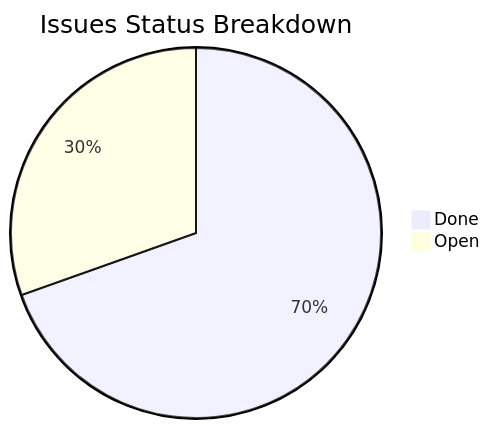
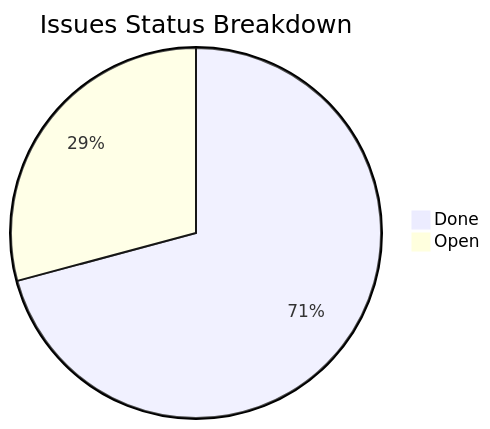
One commit to actdim/agents changed the diagram in .along/DASHBOARD.md. Above: the diagram before and after it, drawn with Mermaid. The commit also changed other lines of this file and 27 other files, not shown here.

````diff
--- a/.along/DASHBOARD.md
+++ b/.along/DASHBOARD.md
@@ -19,5 +19,5 @@
 ```mermaid
 pie title Issues Status Breakdown
-    "Done" : 16
+    "Done" : 17
     "Open" : 7
 ```
````
